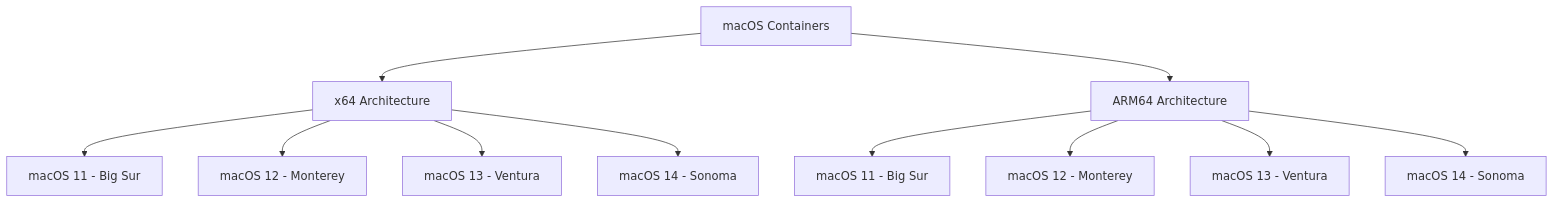
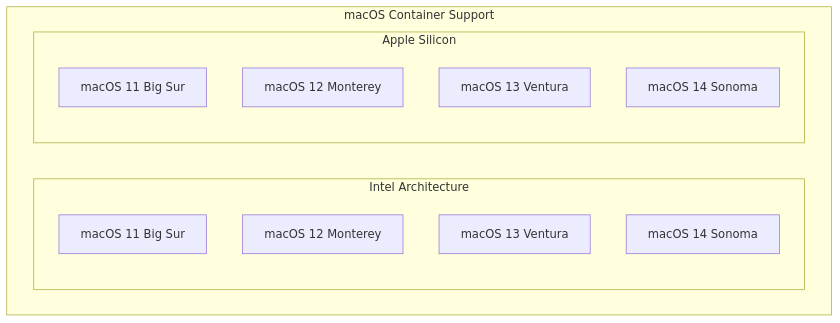
One commit to radicalkjax/Athena changed the seventh of 23 diagrams in docs/CONTAINER_ISOLATION.md. Above: the diagram before and after it, drawn with Mermaid. The commit also changed other lines of this file and 41 other files, not shown here.

````diff
--- a/docs/CONTAINER_ISOLATION.md
+++ b/docs/CONTAINER_ISOLATION.md
@@ -191,15 +372,18 @@
 ```mermaid
 graph TD
-    A[macOS Containers] --> B[x64 Architecture]
-    A --> C[ARM64 Architecture]
-    
-    B --> B1[macOS 11 - Big Sur]
-    B --> B2[macOS 12 - Monterey]
-    B --> B3[macOS 13 - Ventura]
-    B --> B4[macOS 14 - Sonoma]
-    
-    C --> C1[macOS 11 - Big Sur]
-    C --> C2[macOS 12 - Monterey]
-    C --> C3[macOS 13 - Ventura]
-    C --> C4[macOS 14 - Sonoma]
+    subgraph "macOS Container Support"
+        subgraph "Intel Architecture"
+            X64_11[macOS 11 Big Sur]
+            X64_12[macOS 12 Monterey]
+            X64_13[macOS 13 Ventura]
+            X64_14[macOS 14 Sonoma]
+        end
+        
+        subgraph "Apple Silicon"
+            ARM_11[macOS 11 Big Sur]
+            ARM_12[macOS 12 Monterey]
+            ARM_13[macOS 13 Ventura]
+            ARM_14[macOS 14 Sonoma]
+        end
+    end
 ```
````
